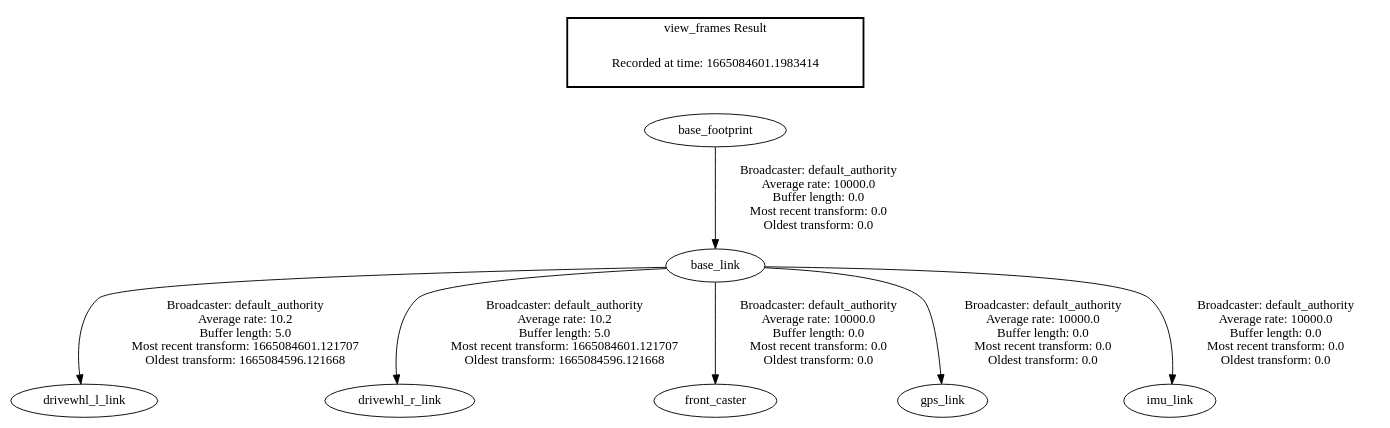
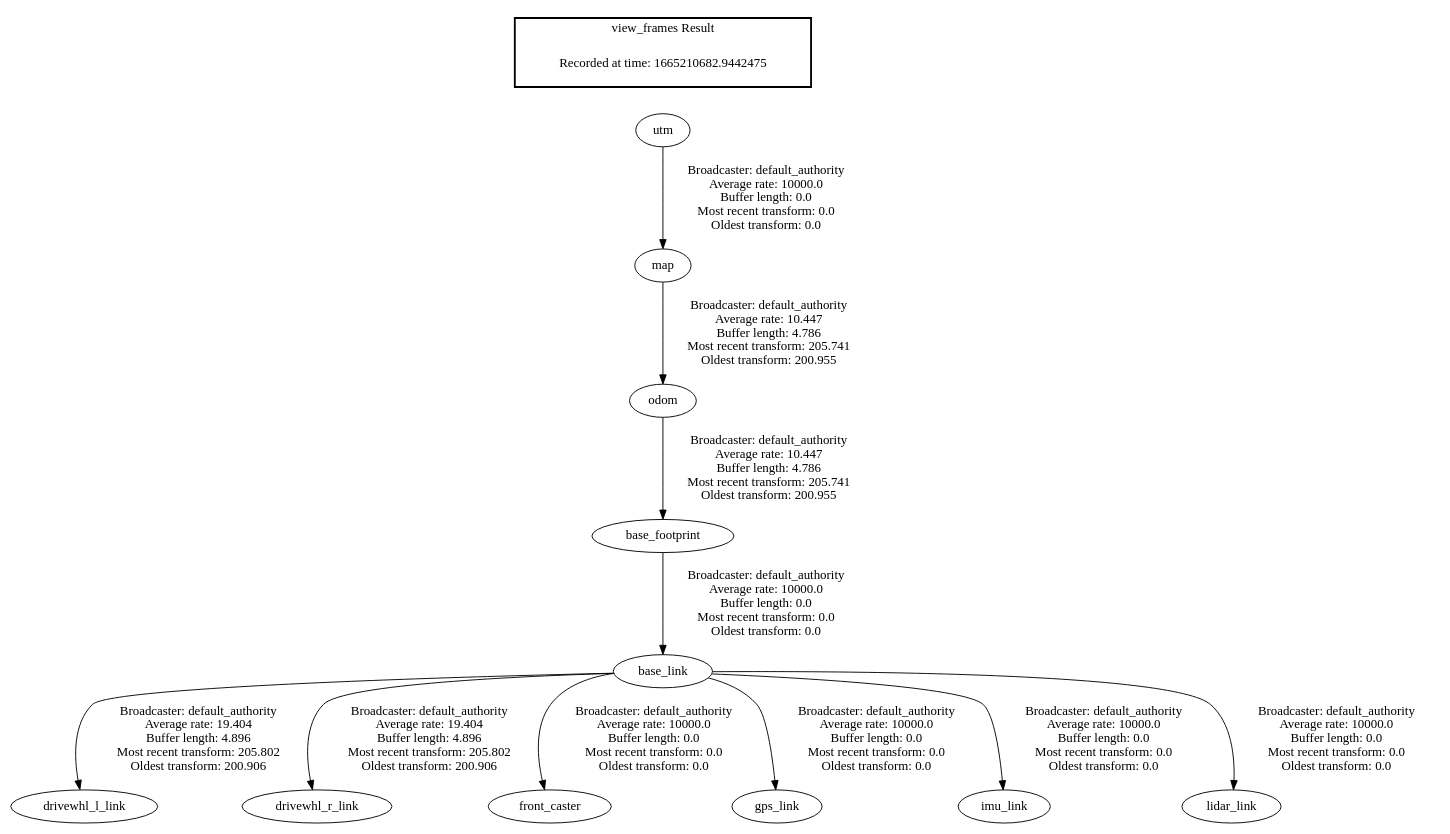
Before and after one commit to JHJP/Unmanned-surface-vehicle-project: the diagram in frames.gv, drawn with Graphviz. The commit also changed 263 other files, not shown here.

```diff
--- a/frames.gv
+++ b/frames.gv
@@ -1,12 +1,16 @@
 digraph G {
-"base_link" -> "drivewhl_l_link"[label=" Broadcaster: default_authority\nAverage rate: 10.2\nBuffer length: 5.0\nMost recent transform: 1665084601.121707\nOldest transform: 1665084596.121668\n"];
+"base_link" -> "drivewhl_l_link"[label=" Broadcaster: default_authority\nAverage rate: 19.404\nBuffer length: 4.896\nMost recent transform: 205.802\nOldest transform: 200.906\n"];
 "base_footprint" -> "base_link"[label=" Broadcaster: default_authority\nAverage rate: 10000.0\nBuffer length: 0.0\nMost recent transform: 0.0\nOldest transform: 0.0\n"];
-"base_link" -> "drivewhl_r_link"[label=" Broadcaster: default_authority\nAverage rate: 10.2\nBuffer length: 5.0\nMost recent transform: 1665084601.121707\nOldest transform: 1665084596.121668\n"];
+"base_link" -> "drivewhl_r_link"[label=" Broadcaster: default_authority\nAverage rate: 19.404\nBuffer length: 4.896\nMost recent transform: 205.802\nOldest transform: 200.906\n"];
+"utm" -> "map"[label=" Broadcaster: default_authority\nAverage rate: 10000.0\nBuffer length: 0.0\nMost recent transform: 0.0\nOldest transform: 0.0\n"];
+"odom" -> "base_footprint"[label=" Broadcaster: default_authority\nAverage rate: 10.447\nBuffer length: 4.786\nMost recent transform: 205.741\nOldest transform: 200.955\n"];
 "base_link" -> "front_caster"[label=" Broadcaster: default_authority\nAverage rate: 10000.0\nBuffer length: 0.0\nMost recent transform: 0.0\nOldest transform: 0.0\n"];
 "base_link" -> "gps_link"[label=" Broadcaster: default_authority\nAverage rate: 10000.0\nBuffer length: 0.0\nMost recent transform: 0.0\nOldest transform: 0.0\n"];
 "base_link" -> "imu_link"[label=" Broadcaster: default_authority\nAverage rate: 10000.0\nBuffer length: 0.0\nMost recent transform: 0.0\nOldest transform: 0.0\n"];
+"base_link" -> "lidar_link"[label=" Broadcaster: default_authority\nAverage rate: 10000.0\nBuffer length: 0.0\nMost recent transform: 0.0\nOldest transform: 0.0\n"];
+"map" -> "odom"[label=" Broadcaster: default_authority\nAverage rate: 10.447\nBuffer length: 4.786\nMost recent transform: 205.741\nOldest transform: 200.955\n"];
 edge [style=invis];
  subgraph cluster_legend { style=bold; color=black; label ="view_frames Result";
-"Recorded at time: 1665084601.1983414"[ shape=plaintext ] ;
-}->"base_footprint";
+"Recorded at time: 1665210682.9442475"[ shape=plaintext ] ;
+}->"utm";
 }
```
